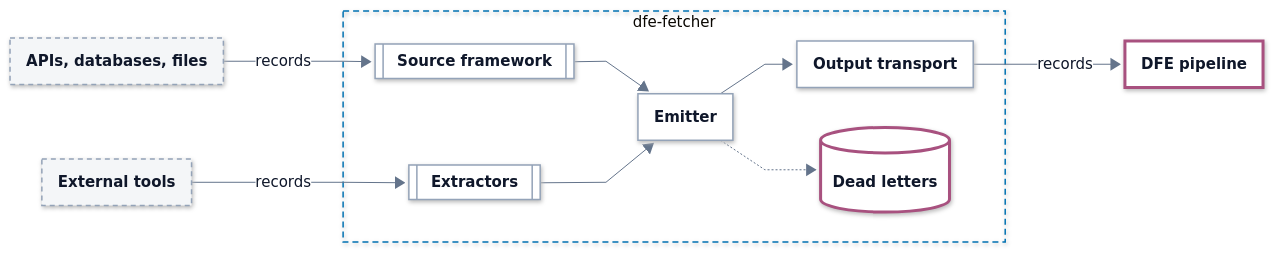
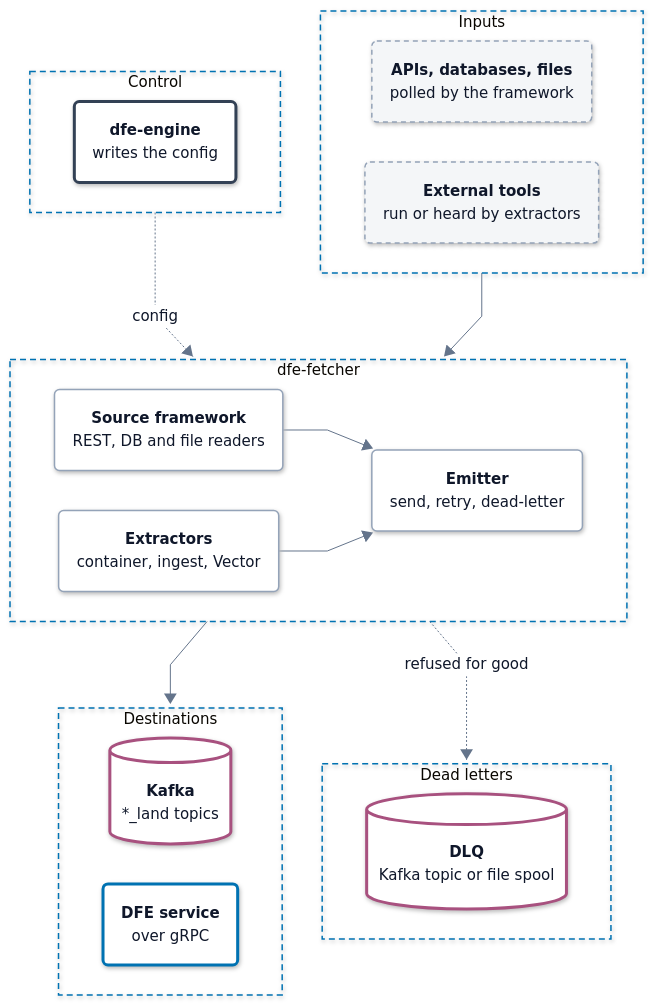
The diagram in README.md (hyperi-io/dfe-fetcher), drawn with Mermaid before and after one commit. The commit also changed other lines of this file and 10 other files, not shown here.

First line of the commit message:
docs(architecture): bring the fetcher pages to the standard (#319)

````diff
--- a/README.md
+++ b/README.md
@@ -66,30 +64,50 @@
     .ui .label-icon{color:#D9480F}
     .ext .label-icon{color:#64748B}
 ---
-flowchart LR
+flowchart TB
     accTitle: L3 Components -- dfe-fetcher
-    accDescr: APIs, databases and files feed the source framework, and external tools feed the extractors. Both hand records to the emitter, which sends them through the output transport to the DFE pipeline and dead-letters a record the transport refuses for good, when a DLQ is configured.
+    accDescr: dfe-engine writes the fetcher's config. APIs, databases and files feed the source framework, and external tools feed the extractors. Inside dfe-fetcher both hand records to the emitter, which sends them to Kafka topics or a DFE service over gRPC. A record the transport refuses for good goes to the dead letters.
 
-    providers["<b>APIs, databases, files</b>"]
-    tools["<b>External tools</b>"]
-
-    subgraph fetcher["dfe-fetcher"]
-        framework[["<b>Source framework</b>"]]
-        extractors[["<b>Extractors</b>"]]
-        emitter["<b>Emitter</b>"]
-        output["<b>Output transport</b>"]
-        dlq[("<b>Dead letters</b>")]
+    subgraph CTRL["Control"]
+        direction LR
+        engine("<b>dfe-engine</b><br/><span>writes the config</span>")
     end
 
-    dfe["<b>DFE pipeline</b>"]
+    subgraph IN["Inputs"]
+        direction LR
+        providers("<b>APIs, databases, files</b><br/><span>polled by the framework</span>")
+        tools("<b>External tools</b><br/><span>run or heard by extractors</span>")
+    end
 
-    providers -->|records| framework
-    tools -->|records| extractors
-    framework --> emitter
-    extractors --> emitter
-    emitter --> output
-    emitter -.-> dlq
-    output -->|records| dfe
+    subgraph FETCH["dfe-fetcher"]
+        direction LR
+        framework("<b>Source framework</b><br/><span>REST, DB and file readers</span>")
+        extractors("<b>Extractors</b><br/><span>container, ingest, Vector</span>")
+        emitter("<b>Emitter</b><br/><span>send, retry, dead-letter</span>")
+        framework --> emitter
+        extractors --> emitter
+    end
+
+    subgraph OUT["Destinations"]
+        direction LR
+        kafka[("<b>Kafka</b><br/><span>*_land topics</span>")]
+        grpc("<b>DFE service</b><br/><span>over gRPC</span>")
+    end
+
+    subgraph DL["Dead letters"]
+        direction LR
+        dlq[("<b>DLQ</b><br/><span>Kafka topic or file spool</span>")]
+    end
+
+    CTRL -.->|config| FETCH
+    IN --> FETCH
+    FETCH --> OUT
+    FETCH -.->|refused for good| DL
+  class providers,tools ext
+  class engine control
+  class framework,extractors,emitter part
+  class kafka,dlq bus
+  class grpc load
   classDef ext fill:#F4F6F8,stroke:#94A3B8,stroke-width:1.5px,stroke-dasharray:5 4,color:#0F172A
   classDef ingest fill:#FFFFFF,stroke:#0E8A7D,stroke-width:3px,color:#0F172A
   classDef xform fill:#FFFFFF,stroke:#7B4FB0,stroke-width:3px,color:#0F172A
@@ -101,8 +119,9 @@
   classDef error fill:#FFFFFF,stroke:#C2410C,stroke-width:3px,color:#0F172A
   classDef control fill:#FFFFFF,stroke:#334155,stroke-width:3px,color:#0F172A
   classDef part fill:#FFFFFF,stroke:#94A3B8,stroke-width:1.5px,color:#0F172A
-  class providers,tools ext
-  class framework,extractors,emitter,output part
-  class dlq,dfe bus
-  style fetcher fill:none,stroke:#0072B2,stroke-width:1.5px,stroke-dasharray:6 4
+  style CTRL fill:none,stroke:#0072B2,stroke-width:1.5px,stroke-dasharray:6 4
+  style IN fill:none,stroke:#0072B2,stroke-width:1.5px,stroke-dasharray:6 4
+  style FETCH fill:none,stroke:#0072B2,stroke-width:1.5px,stroke-dasharray:6 4
+  style OUT fill:none,stroke:#0072B2,stroke-width:1.5px,stroke-dasharray:6 4
+  style DL fill:none,stroke:#0072B2,stroke-width:1.5px,stroke-dasharray:6 4
 ```
````
